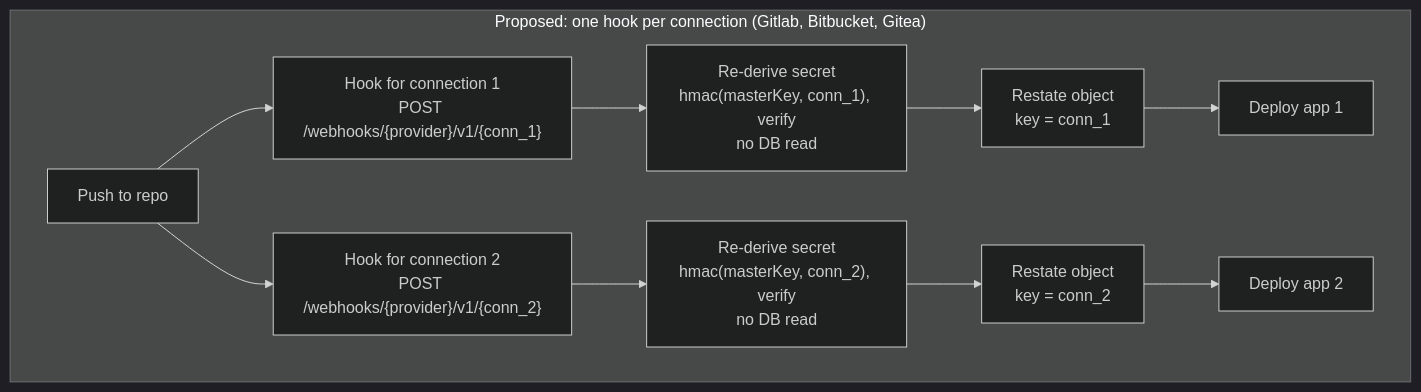
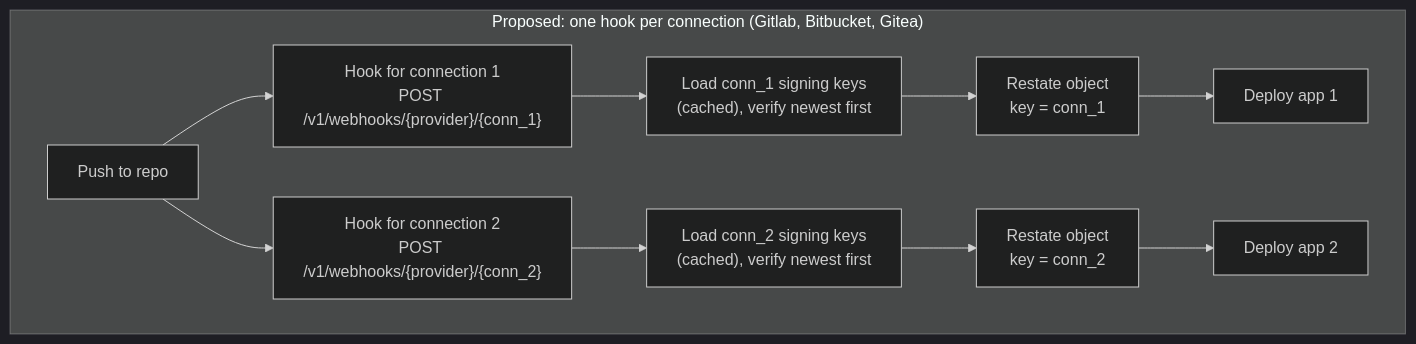
The fourth of 4 diagrams in docs/engineering/architecture/rfcs/0017-scm-provider-abstraction.mdx (unkeyed/unkey), drawn with Mermaid (dark theme) before and after one commit. The commit also changed other lines of this file, not shown here.

````diff
--- a/docs/engineering/architecture/rfcs/0017-scm-provider-abstraction.mdx
+++ b/docs/engineering/architecture/rfcs/0017-scm-provider-abstraction.mdx
@@ -466,13 +476,13 @@
 ```mermaid
 flowchart TB
     subgraph new ["Proposed: one hook per connection (Gitlab, Bitbucket, Gitea)"]
-        A2[Push to repo] --> H1["Hook for connection 1<br/>POST /webhooks/{provider}/v1/{conn_1}"]
-        A2 --> H2["Hook for connection 2<br/>POST /webhooks/{provider}/v1/{conn_2}"]
-        H1 --> V1["Re-derive secret<br/>hmac(masterKey, conn_1), verify<br/>no DB read"]
-        H2 --> V2["Re-derive secret<br/>hmac(masterKey, conn_2), verify<br/>no DB read"]
+        A2[Push to repo] --> H1["Hook for connection 1<br/>POST /v1/webhooks/{provider}/{conn_1}"]
+        A2 --> H2["Hook for connection 2<br/>POST /v1/webhooks/{provider}/{conn_2}"]
+        H1 --> V1["Load conn_1 signing keys<br/>(cached), verify newest first"]
+        H2 --> V2["Load conn_2 signing keys<br/>(cached), verify newest first"]
         V1 --> R1["Restate object<br/>key = conn_1"]
         V2 --> R2["Restate object<br/>key = conn_2"]
         R1 --> G1[Deploy app 1]
         R2 --> G2[Deploy app 2]
     end
 ```
````
